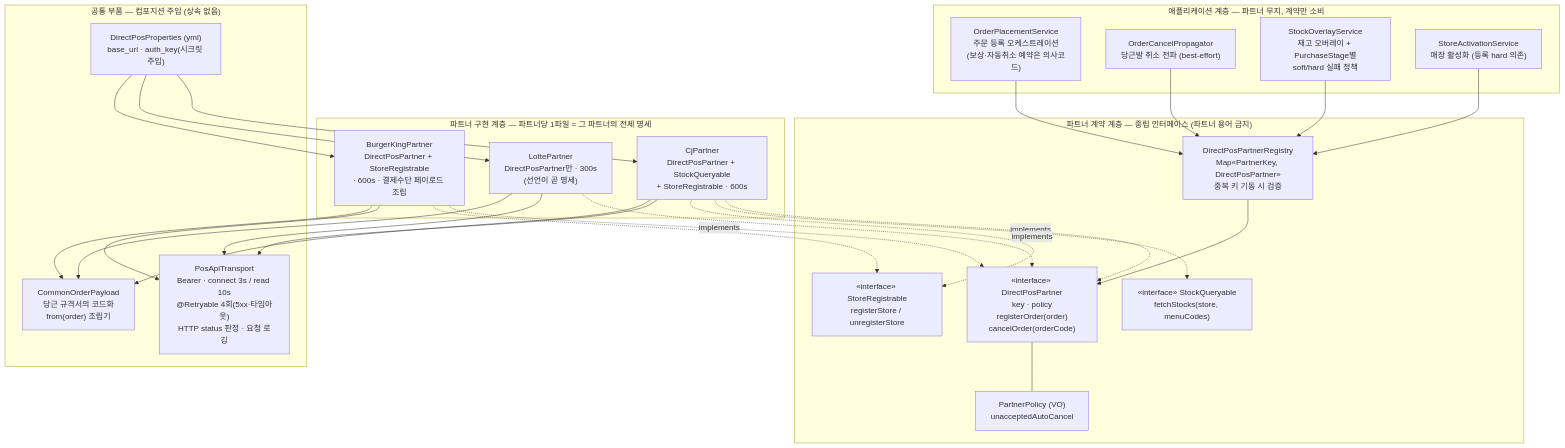
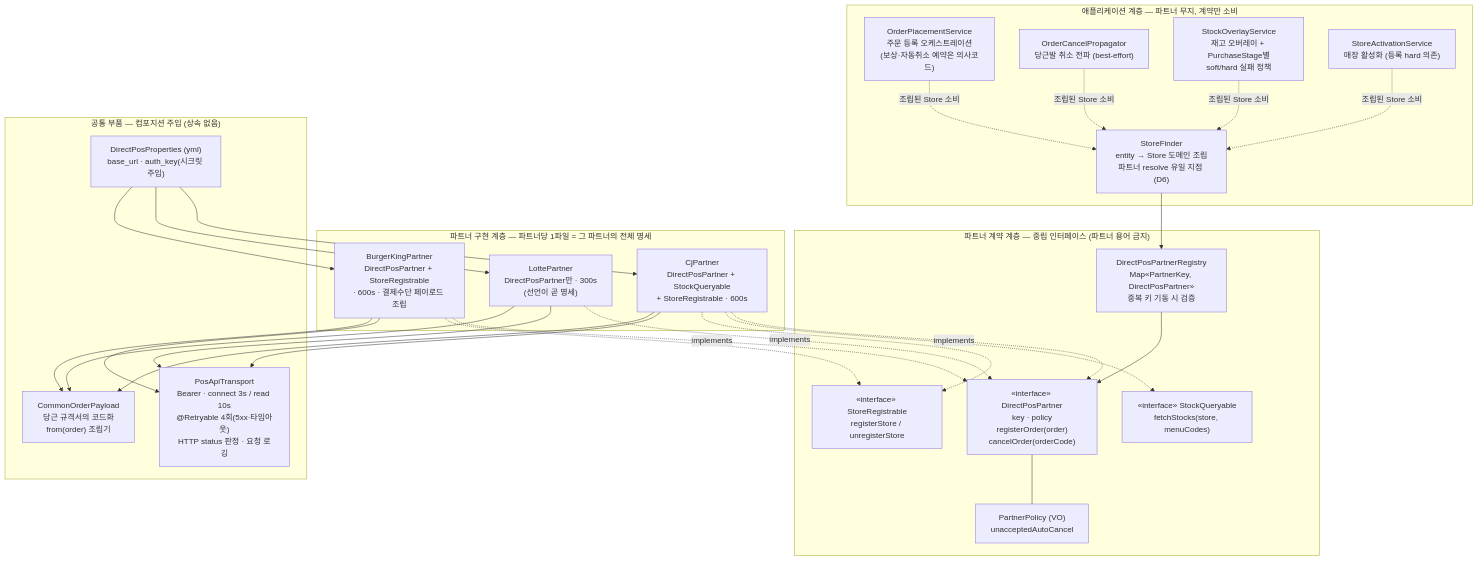
Before and after one commit to BokDoong/direct-connect-pos: the first of 4 diagrams in docs/04-to-be-architecture.md, drawn with Mermaid. The commit also changed other lines of this file and 3 other files, not shown here.

````diff
--- a/docs/04-to-be-architecture.md
+++ b/docs/04-to-be-architecture.md
@@ -28,51 +28,53 @@
 ```mermaid
 flowchart TB
     subgraph app["애플리케이션 계층 — 파트너 무지, 계약만 소비"]
         OPS["OrderPlacementService<br/>주문 등록 오케스트레이션<br/>(보상·자동취소 예약은 의사코드)"]
         OCP["OrderCancelPropagator<br/>당근발 취소 전파 (best-effort)"]
         SOS["StockOverlayService<br/>재고 오버레이 + PurchaseStage별<br/>soft/hard 실패 정책"]
         SAS["StoreActivationService<br/>매장 활성화 (등록 hard 의존)"]
+        SF["StoreFinder<br/>entity → Store 도메인 조립<br/>파트너 resolve 유일 지점 (D6)"]
     end
 
     subgraph contract["파트너 계약 계층 — 중립 인터페이스 (파트너 용어 금지)"]
         REG["DirectPosPartnerRegistry<br/>Map«PartnerKey, DirectPosPartner»<br/>중복 키 기동 시 검증"]
         DPP["«interface» DirectPosPartner<br/>key · policy<br/>registerOrder(order)<br/>cancelOrder(orderCode)"]
         SQ["«interface» StockQueryable<br/>fetchStocks(store, menuCodes)"]
         SR["«interface» StoreRegistrable<br/>registerStore / unregisterStore"]
         PP["PartnerPolicy (VO)<br/>unacceptedAutoCancel"]
     end
 
     subgraph impl["파트너 구현 계층 — 파트너당 1파일 = 그 파트너의 전체 명세"]
         CJ["CjPartner<br/>DirectPosPartner + StockQueryable<br/>+ StoreRegistrable · 600s"]
         LT["LottePartner<br/>DirectPosPartner만 · 300s<br/>(선언이 곧 명세)"]
         BK["BurgerKingPartner<br/>DirectPosPartner + StoreRegistrable<br/>· 600s · 결제수단 페이로드 조립"]
     end
 
     subgraph common["공통 부품 — 컴포지션 주입 (상속 없음)"]
         TR["PosApiTransport<br/>Bearer · connect 3s / read 10s<br/>@Retryable 4회(5xx·타임아웃)<br/>HTTP status 판정 · 요청 로깅"]
         CPB["CommonOrderPayload<br/>당근 규격서의 코드화<br/>from(order) 조립기"]
         EP["DirectPosProperties (yml)<br/>base_url · auth_key(시크릿 주입)"]
     end
 
-    OPS --> REG
-    OCP --> REG
-    SOS --> REG
-    SAS --> REG
+    OPS -. 조립된 Store 소비 .-> SF
+    OCP -. 조립된 Store 소비 .-> SF
+    SOS -. 조립된 Store 소비 .-> SF
+    SAS -. 조립된 Store 소비 .-> SF
+    SF --> REG
     REG --> DPP
     DPP --- PP
     CJ -.implements.-> DPP
     CJ -.-> SQ
     CJ -.-> SR
     LT -.implements.-> DPP
     BK -.implements.-> DPP
     BK -.-> SR
     CJ --> TR
     LT --> TR
     BK --> TR
     CJ --> CPB
     LT --> CPB
     BK --> CPB
     EP --> CJ
     EP --> LT
     EP --> BK
 ```
````
